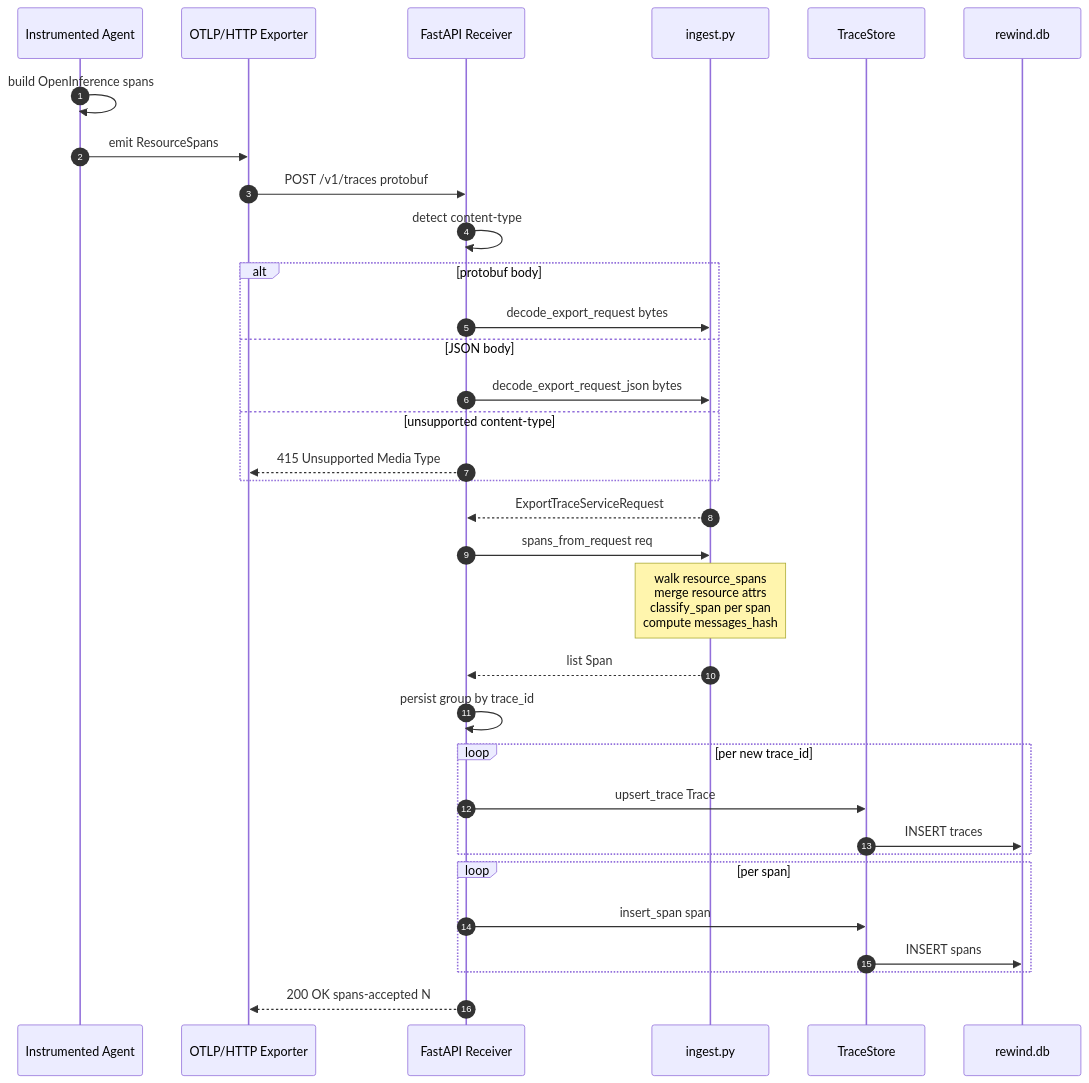
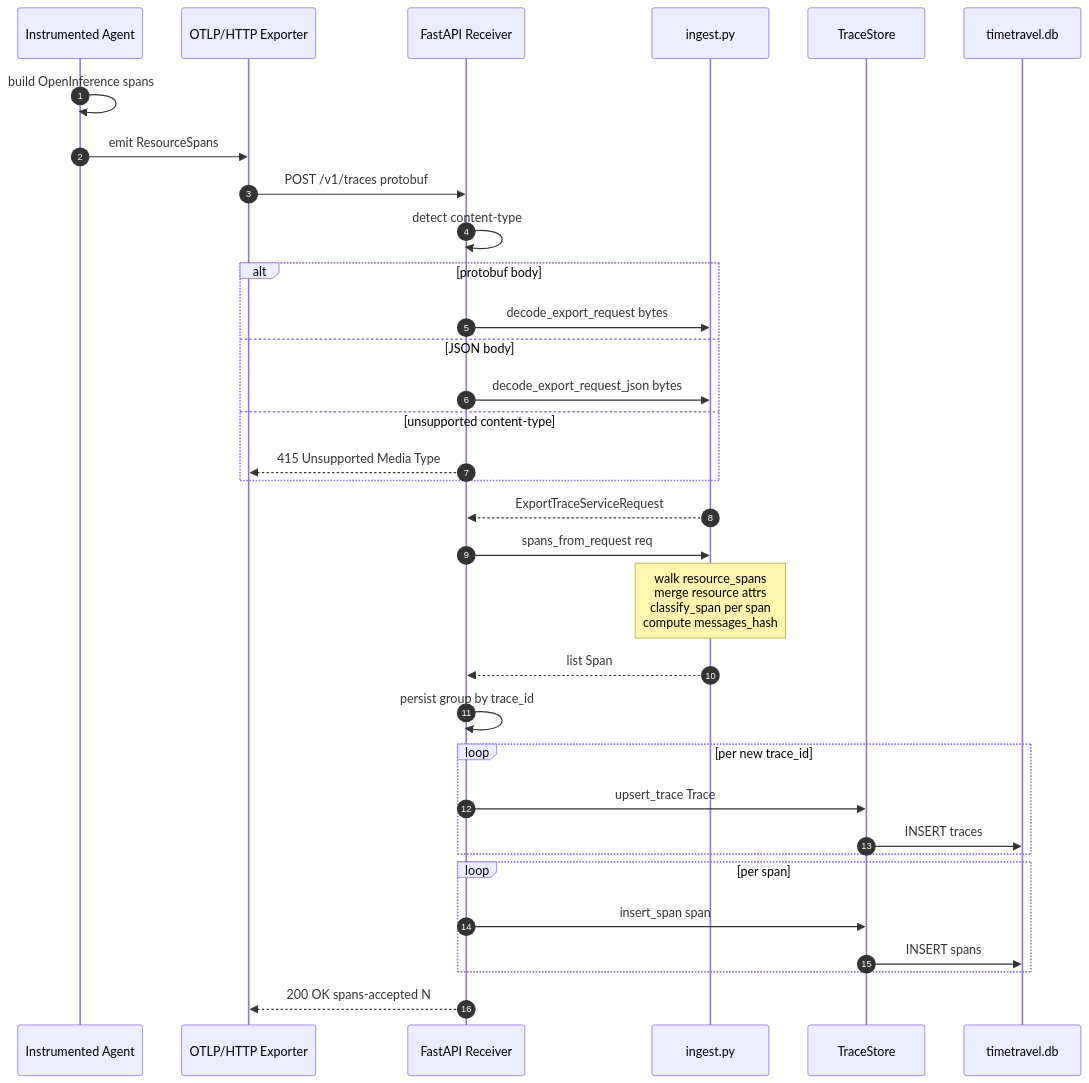
One commit to akshay-mp/Rewind changed the second of 3 diagrams in docs/phases/phase-1.md. Above: the diagram before and after it, drawn with Mermaid. The commit also changed other lines of this file and 244 other files, not shown here.

````diff
--- a/docs/phases/phase-1.md
+++ b/docs/phases/phase-1.md
@@ -138,35 +138,35 @@
 ```mermaid
 sequenceDiagram
     autonumber
     participant A as Instrumented Agent
     participant X as OTLP/HTTP Exporter
     participant R as FastAPI Receiver
     participant I as ingest.py
     participant S as TraceStore
-    participant D as rewind.db
+    participant D as timetravel.db
     A->>A: build OpenInference spans
     A->>X: emit ResourceSpans
     X->>R: POST /v1/traces protobuf
     R->>R: detect content-type
     alt protobuf body
         R->>I: decode_export_request bytes
     else JSON body
         R->>I: decode_export_request_json bytes
     else unsupported content-type
         R-->>X: 415 Unsupported Media Type
     end
     I-->>R: ExportTraceServiceRequest
     R->>I: spans_from_request req
     Note over I: walk resource_spans<br/>merge resource attrs<br/>classify_span per span<br/>compute messages_hash
     I-->>R: list Span
     R->>R: persist group by trace_id
     loop per new trace_id
         R->>S: upsert_trace Trace
         S->>D: INSERT traces
     end
     loop per span
         R->>S: insert_span span
         S->>D: INSERT spans
     end
     R-->>X: 200 OK spans-accepted N
 ```
````
